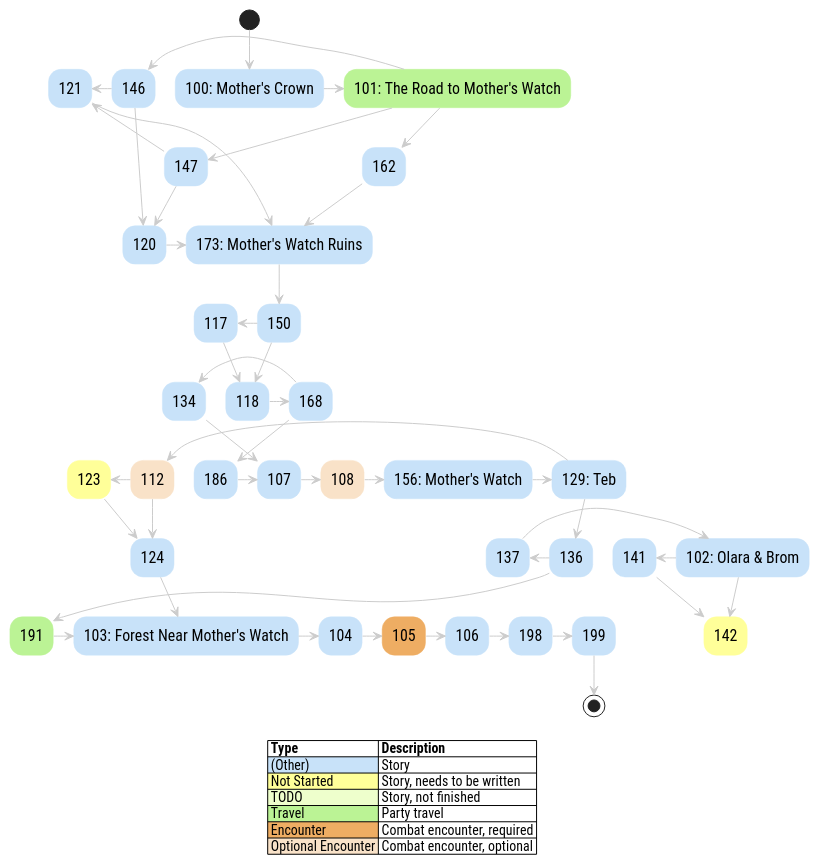
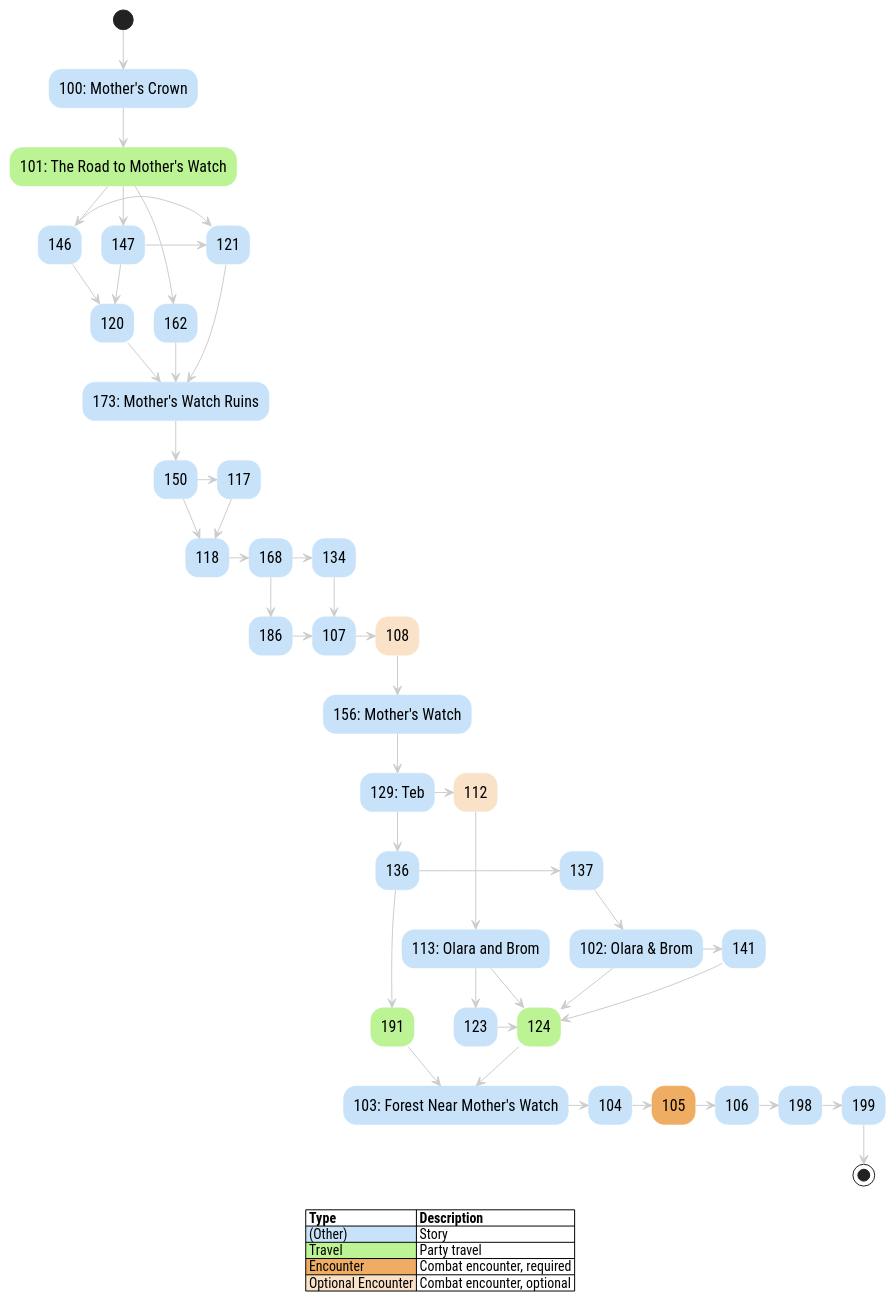
One commit to rickosborne/skyline changed the diagram in assets/puml/story-iaso-graph.puml. Above: the diagram before and after it, drawn with PlantUML. The commit also changed 11 other files, not shown here.

Commit message:
IASO Olara and Brom updates (#106)

```diff
--- a/assets/puml/story-iaso-graph.puml
+++ b/assets/puml/story-iaso-graph.puml
@@ -1,89 +1,88 @@
 @startuml
 
 ' title IASO Story Graph
 
 skinparam {
 	DefaultFontName Roboto Condensed
 	DefaultFontSize 16
 	shadowing false
 	HyperlinkUnderline false
 	HyperlinkColor #000000
 
 	
 	ArrowColor #cccccc
 	BackgroundColor #ffffff
 	
 	ActivityBackgroundColor #C8E2F9
 	ActivityBorderColor #C8E2F9
 
   ActivityBackgroundColor<<NotStarted>> #ffff99
   ActivityBorderColor<<NotStarted>> #ffff99
   ActivityBackgroundColor<<TODO>> #eeffcc
   ActivityBorderColor<<TODO>> #eeffcc
   ActivityBackgroundColor<<OptionalEncounter>> #F9E2C8
   ActivityBorderColor<<OptionalEncounter>> #F9E2C8
   ActivityBackgroundColor<<Encounter>> #EEAD63
   ActivityBorderColor<<Encounter>> #EEAD63
   ActivityBackgroundColor<<Travel>> #BBF395
   ActivityBorderColor<<Travel>> #BBF395
 	LegendBackgroundColor transparent
 	LegendBorderColor transparent
 	LegendBorderThickness 0
 }
 
 (*) --> "[[100-mothers-crown.html 100: Mother's Crown]]" as e100 
-e100 -r-> "[[101-road-to-mothers-watch.html 101: The Road to Mother's Watch]]" as e101 <<Travel>>
-e101 -l-> "[[146-scrappers-deaf.html 146]]" as e146 
+e100 --> "[[101-road-to-mothers-watch.html 101: The Road to Mother's Watch]]" as e101 <<Travel>>
+e101 -> "[[146-scrappers-deaf.html 146]]" as e146 
 e101 --> "[[147-striders-blind.html 147]]" as e147 
 e101 --> "[[162-scrappers-surprise.html 162]]" as e162 
-"[[102-olaras-cave.html 102: Olara & Brom]]" as e102  -l-> "[[141-iaso-brom.html 141]]" as e141 
-e102 --> "[[142-back-down.html 142]]" as e142 <<NotStarted>>
-"[[103-cardiac-event.html 103: Forest Near Mother's Watch]]" as e103  -r-> "[[104-clear.html 104]]" as e104 
-e104 -r-> "[[105-striders.html 105]]" as e105 <<Encounter>>
-e105 -r-> "[[106-all-mother-mountain.html 106]]" as e106 
-e106 -r-> "[[198-corruptor-module.html 198]]" as e198 
-"[[107-lab.html 107]]" as e107  -r-> "[[108-exit.html 108]]" as e108 <<OptionalEncounter>>
-e108 -r-> "[[156-mothers-watch.html 156: Mother's Watch]]" as e156 
-"[[112-leave-tonight.html 112]]" as e112 <<OptionalEncounter>> -l-> "[[123-iaso-brom-olara.html 123]]" as e123 <<NotStarted>>
-e112 --> "[[124-back-to-mothers-watch.html 124]]" as e124 
-"[[117-medical-focus.html 117]]" as e117  -r-> "[[118-focus.html 118]]" as e118 
-e118 -r-> "[[168-power-wall.html 168]]" as e168 
-"[[120-scrappers-incoming.html 120]]" as e120  -r-> "[[173-ruins-entrance.html 173: Mother's Watch Ruins]]" as e173 
-"[[121-scrappers-treeline.html 121]]" as e121  -r-> e173
-e123 -r-> e124
-e124 -r-> e103
-"[[129-teb.html 129: Teb]]" as e129  -l-> e112
+"[[102-olaras-cave.html 102: Olara & Brom]]" as e102  -> "[[141-iaso-brom.html 141]]" as e141 
+e102 --> "[[124-back-to-mothers-watch.html 124]]" as e124 <<Travel>>
+"[[103-cardiac-event.html 103: Forest Near Mother's Watch]]" as e103  -> "[[104-clear.html 104]]" as e104 
+e104 -> "[[105-striders.html 105]]" as e105 <<Encounter>>
+e105 -> "[[106-all-mother-mountain.html 106]]" as e106 
+e106 -> "[[198-corruptor-module.html 198]]" as e198 
+"[[107-lab.html 107]]" as e107  -> "[[108-exit.html 108]]" as e108 <<OptionalEncounter>>
+e108 --> "[[156-mothers-watch.html 156: Mother's Watch]]" as e156 
+"[[112-leave-tonight.html 112]]" as e112 <<OptionalEncounter>> --> "[[113-olara-and-brom-night.html 113: Olara and Brom]]" as e113 
+e113 -> "[[123-iaso-brom-olara.html 123]]" as e123 
+e113 --> e124
+"[[117-medical-focus.html 117]]" as e117  -> "[[118-focus.html 118]]" as e118 
+e118 -> "[[168-power-wall.html 168]]" as e168 
+"[[120-scrappers-incoming.html 120]]" as e120  --> "[[173-ruins-entrance.html 173: Mother's Watch Ruins]]" as e173 
+"[[121-scrappers-treeline.html 121]]" as e121  --> e173
+e123 -> e124
+e124 --> e103
+"[[129-teb.html 129: Teb]]" as e129  -> e112
 e129 --> "[[136-leave-tomorrow.html 136]]" as e136 
-"[[134-synchronize.html 134]]" as e134  -r-> e107
-e136 -l-> "[[137-leave-morning.html 137]]" as e137 
+"[[134-synchronize.html 134]]" as e134  -> e107
+e136 -> "[[137-leave-morning.html 137]]" as e137 
 e136 --> "[[191-not-interested.html 191]]" as e191 <<Travel>>
-e137 -r-> e102
-e141 -r-> e142
-e146 -l-> e121
+e137 --> e102
+e141 -> e124
+e146 -> e121
 e146 --> e120
-e147 -l-> e121
+e147 -> e121
 e147 --> e120
-"[[150-the-blinking-light.html 150]]" as e150  -l-> e117
+"[[150-the-blinking-light.html 150]]" as e150  -> e117
 e150 --> e118
-e156 -r-> e129
-e162 -r-> e173
-e168 -l-> e134
+e156 --> e129
+e162 --> e173
+e168 -> e134
 e168 --> "[[186-no-synchronize.html 186]]" as e186 
 e173 --> e150
-e186 -r-> e107
-e191 -r-> e103
-e198 -r-> "[[199-what-next.html 199]]" as e199 
+e186 -> e107
+e191 --> e103
+e198 -> "[[199-what-next.html 199]]" as e199 
 e199 --> (*)
 
 legend
 |= Type |= Description |
 |<#C8E2F9> (Other) | Story |
-|<#ffff99> Not Started | Story, needs to be written |
-|<#eeffcc> TODO | Story, not finished |
 |<#BBF395> Travel | Party travel |
 |<#EEAD63> Encounter | Combat encounter, required |
 |<#F9E2C8> Optional Encounter | Combat encounter, optional |
 endlegend
 
 
 @enduml
```
